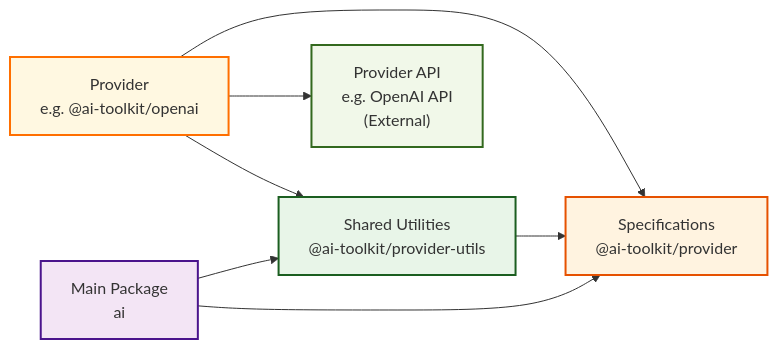
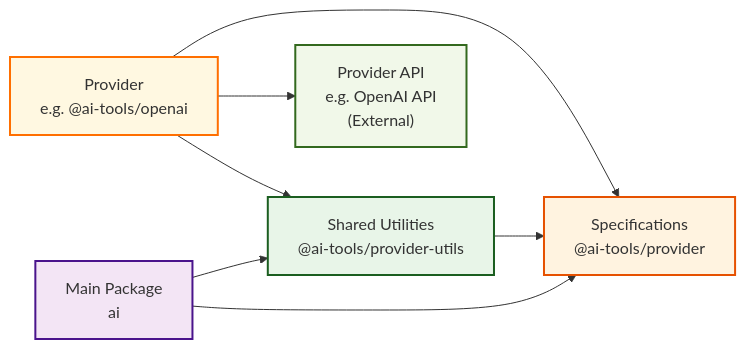
The diagram in contributing/provider-architecture.md (khulnasoft/ai-toolkit), drawn with Mermaid before and after one commit. The commit also changed other lines of this file and 5249 other files, not shown here.

````diff
--- a/contributing/provider-architecture.md
+++ b/contributing/provider-architecture.md
@@ -7,21 +7,21 @@
 ```mermaid
 graph LR
-    AI["Main Package<br/>ai"] --> PROVIDER["Specifications<br/>@ai-toolkit/provider"]
-    AI --> UTILS["Shared Utilities<br/>@ai-toolkit/provider-utils"]
+    AI["Main Package<br/>ai"] --> PROVIDER["Specifications<br/>@ai-tools/provider"]
+    AI --> UTILS["Shared Utilities<br/>@ai-tools/provider-utils"]
     UTILS --> PROVIDER
-    OPENAI["Provider<br/>e.g. @ai-toolkit/openai"] --> PROVIDER
+    OPENAI["Provider<br/>e.g. @ai-tools/openai"] --> PROVIDER
     OPENAI --> UTILS
     OPENAI --> OPENAI_API["Provider API<br/>e.g. OpenAI API<br/>(External)"]
 
     classDef core fill:#f3e5f5,stroke:#4a148c,stroke-width:2px
     classDef spec fill:#fff3e0,stroke:#e65100,stroke-width:2px
     classDef utils fill:#e8f5e8,stroke:#1b5e20,stroke-width:2px
     classDef provider fill:#fff8e1,stroke:#ff6f00,stroke-width:2px
     classDef external fill:#f1f8e9,stroke:#33691e,stroke-width:2px
 
     class AI core
     class PROVIDER spec
     class UTILS utils
     class OPENAI provider
     class OPENAI_API external
 ```
````
